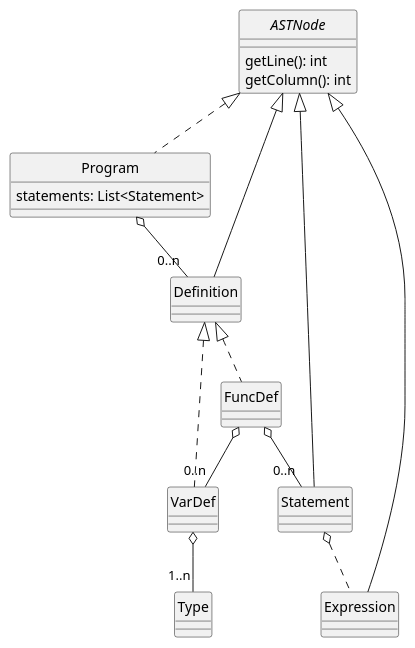
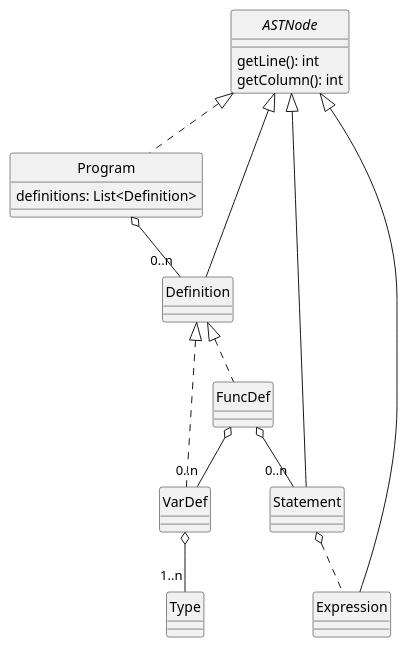
Before and after one commit to uo271288/dlp-compiler: the diagram in docs/diagrams/program.plantuml, drawn with PlantUML. The commit also changed 1 other file, not shown here.

Commit message:
Expressions Diagram finished Also made a small change on Program Diagram

```diff
--- a/docs/diagrams/program.plantuml
+++ b/docs/diagrams/program.plantuml
@@ -1,39 +1,39 @@
 @startuml Program
 skinparam style strictuml
 skinparam monochrome true
 
 
 interface ASTNode {
     getLine(): int
     getColumn(): int
 }
 
 class Program {
-    statements: List<Statement>
+    definitions: List<Definition>
 }
 
 class Statement
 
 class Expression
 
 class Definition
 
 class VarDef
 
 class FuncDef
 
 class Type
 
 ASTNode <|.. Program
 ASTNode <|-- Statement
 ASTNode <|-- Expression
 ASTNode <|-- Definition
 Program o-- "0..n" Definition
 Statement o.. Expression
 Definition <|.. VarDef
 Definition <|.. FuncDef
 FuncDef o-- "0..n" Statement
 FuncDef o-- "0..n" VarDef
 VarDef o-- "1..n" Type
 
 @enduml
```
